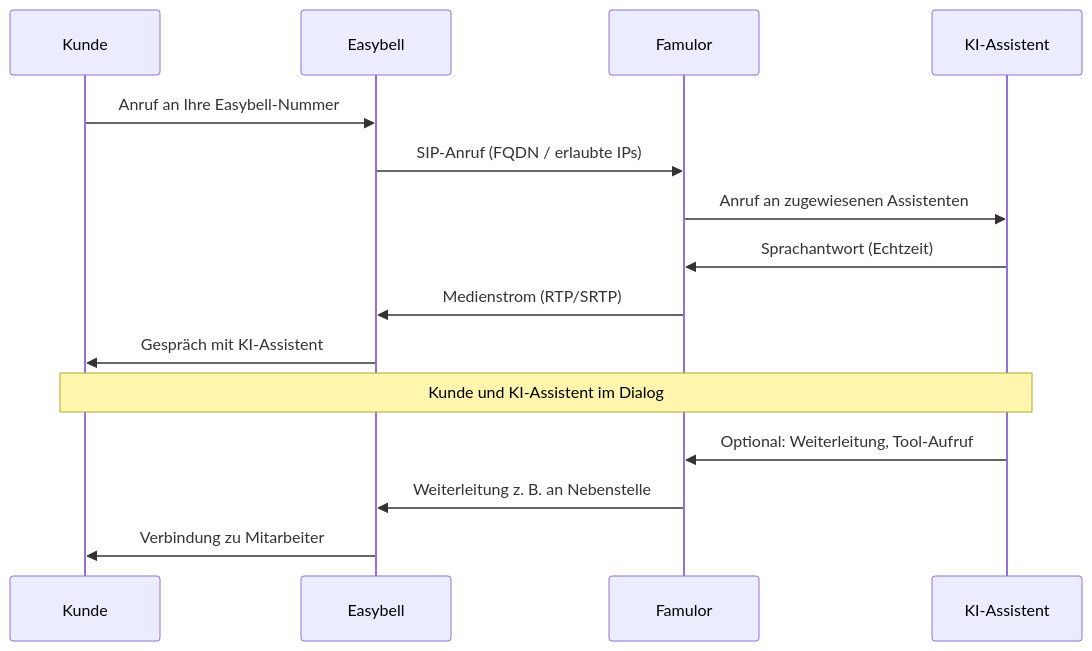
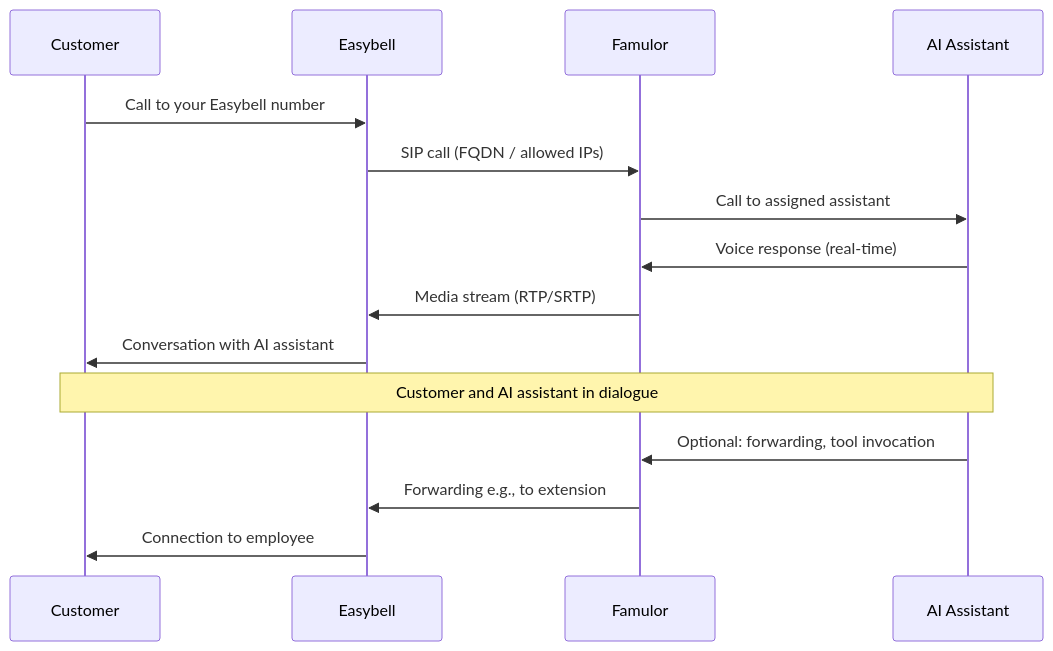
The diagram in en/provisioning/sip-ai/easybell-integration.mdx (bekgroup/Famulor-docs-de), drawn with Mermaid before and after one commit. The commit also changed other lines of this file and 23 other files, not shown here.

````diff
--- a/en/provisioning/sip-ai/easybell-integration.mdx
+++ b/en/provisioning/sip-ai/easybell-integration.mdx
@@ -29,18 +28,18 @@
 ```mermaid theme={null}
 sequenceDiagram
-    participant K as Kunde
+    participant C as Customer
     participant E as Easybell
     participant F as Famulor
-    participant A as KI-Assistent
+    participant A as AI Assistant
 
-    K->>E: Anruf an Ihre Easybell-Nummer
-    E->>F: SIP-Anruf (FQDN / erlaubte IPs)
-    F->>A: Anruf an zugewiesenen Assistenten
-    A->>F: Sprachantwort (Echtzeit)
-    F->>E: Medienstrom (RTP/SRTP)
-    E->>K: Gespräch mit KI-Assistent
-    Note over K,A: Kunde und KI-Assistent im Dialog
-    A->>F: Optional: Weiterleitung, Tool-Aufruf
-    F->>E: Weiterleitung z. B. an Nebenstelle
-    E->>K: Verbindung zu Mitarbeiter
+    C->>E: Call to your Easybell number
+    E->>F: SIP call (FQDN / allowed IPs)
+    F->>A: Call to assigned assistant
+    A->>F: Voice response (real-time)
+    F->>E: Media stream (RTP/SRTP)
+    E->>C: Conversation with AI assistant
+    Note over C,A: Customer and AI assistant in dialogue
+    A->>F: Optional: forwarding, tool invocation
+    F->>E: Forwarding e.g., to extension
+    E->>C: Connection to employee
 ```
````
